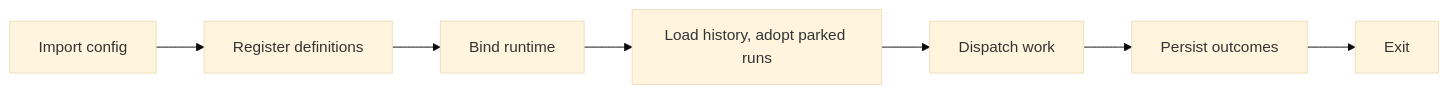
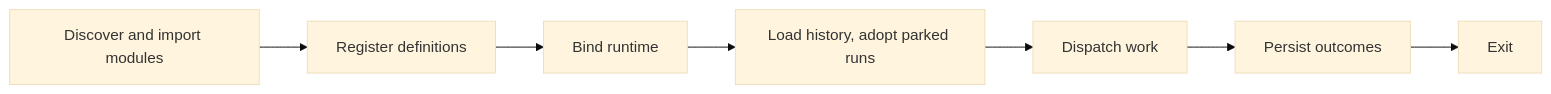
Before and after one commit to Francois-Esquire/foundry: the first of 2 diagrams in docs/marbles/concepts/execution-and-state.mdx, drawn with Mermaid (base theme). The commit also changed other lines of this file and 61 other files, not shown here.

Commit message:
feat(marbles): discover workspace modules and initialize starters

````diff
--- a/docs/marbles/concepts/execution-and-state.mdx
+++ b/docs/marbles/concepts/execution-and-state.mdx
@@ -16,9 +16,9 @@
 ```mermaid
 flowchart LR
-    C[Import config] --> D[Register definitions]
+    C[Discover and import modules] --> D[Register definitions]
     D --> B[Bind runtime]
     B --> H[Load history, adopt parked runs]
     H --> R[Dispatch work]
     R --> P[Persist outcomes]
     P --> E[Exit]
 ```
````
